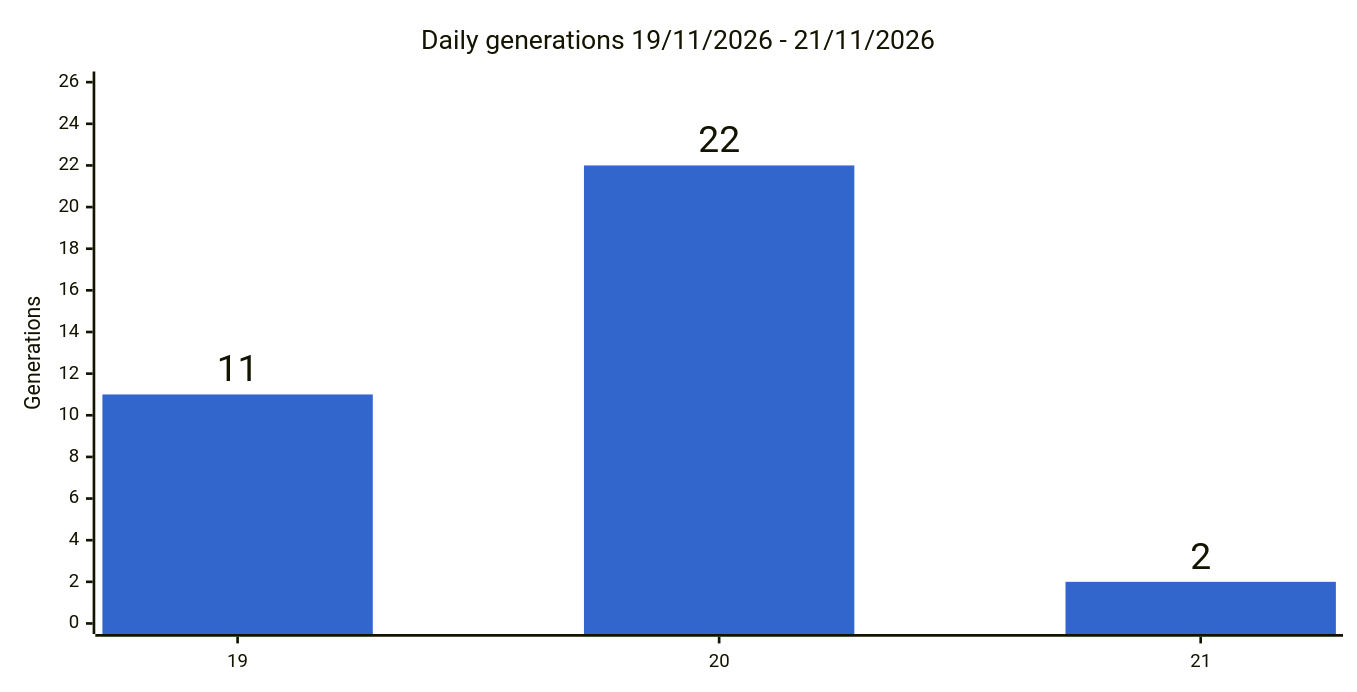
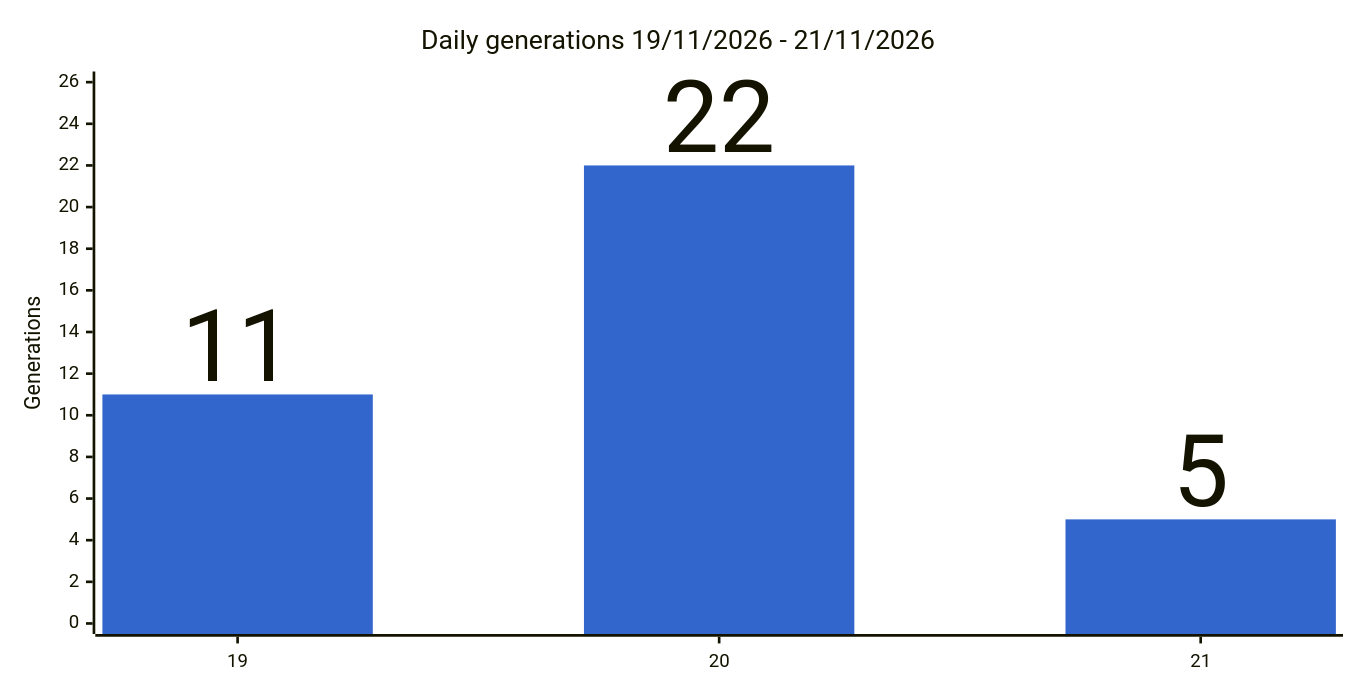
The second of 4 diagrams in docs/stats.md (gmoulard/wikipedia2book), drawn with Mermaid before and after one commit. The commit also changed other lines of this file and 3 other files, not shown here.

````diff
--- a/docs/stats.md
+++ b/docs/stats.md
@@ -32,8 +32,8 @@
 ```mermaid
 %%{init: {"xyChart": {"width": 1000, "showDataLabel": true, "showDataLabelOutsideBar": true}, "themeVariables": {"xyChart": {"plotColorPalette": "#3366cc"}}}}%%
 xychart-beta
     title "Daily generations 19/11/2026 - 21/11/2026"
     x-axis ["19", "20", "21"]
     y-axis "Generations" 0 --> 26
-    bar [11, 22, 2]
+    bar [11, 22, 5]
 ```
````
